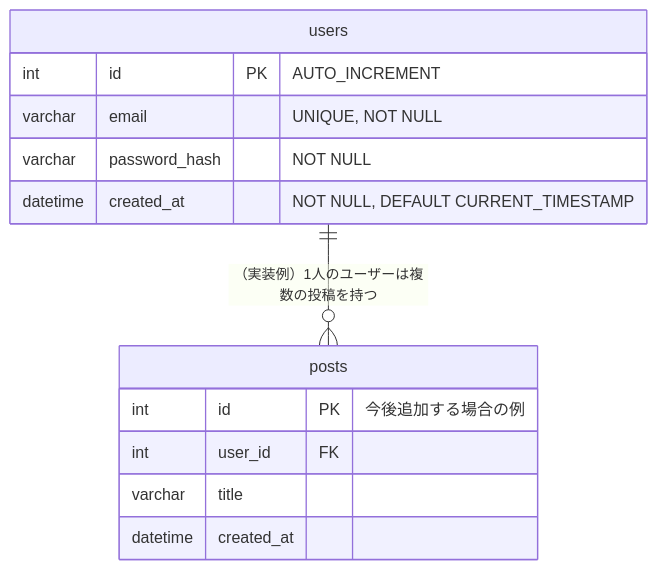
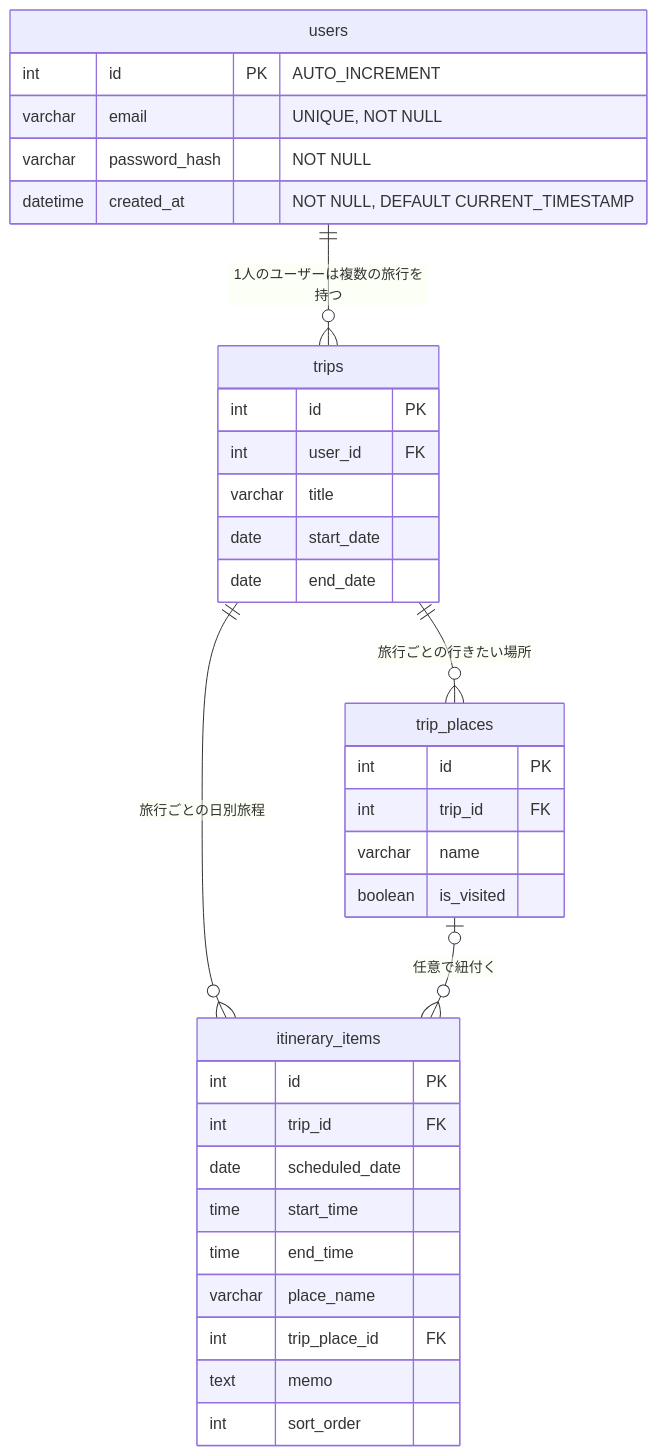
One commit to shumatsu51/React-and-TS-App-202608 changed the diagram in docs/er-diagram.md. Above: the diagram before and after it, drawn with Mermaid. The commit also changed other lines of this file, not shown here.

Commit message:
DB設計書を更新

````diff
--- a/docs/er-diagram.md
+++ b/docs/er-diagram.md
@@ -9,18 +9,41 @@
 ```mermaid
 erDiagram
     users {
         int id PK "AUTO_INCREMENT"
         varchar email "UNIQUE, NOT NULL"
         varchar password_hash "NOT NULL"
         datetime created_at "NOT NULL, DEFAULT CURRENT_TIMESTAMP"
     }
 
-    posts {
-        int id PK "今後追加する場合の例"
+    trips {
+        int id PK
         int user_id FK
         varchar title
-        datetime created_at
+        date start_date
+        date end_date
     }
 
-    users ||--o{ posts : "（実装例）1人のユーザーは複数の投稿を持つ"
+    trip_places {
+        int id PK
+        int trip_id FK
+        varchar name
+        boolean is_visited
+    }
+
+    itinerary_items {
+        int id PK
+        int trip_id FK
+        date scheduled_date
+        time start_time
+        time end_time
+        varchar place_name
+        int trip_place_id FK
+        text memo
+        int sort_order
+    }
+
+    users ||--o{ trips : "1人のユーザーは複数の旅行を持つ"
+    trips ||--o{ trip_places : "旅行ごとの行きたい場所"
+    trips ||--o{ itinerary_items : "旅行ごとの日別旅程"
+    trip_places o|--o{ itinerary_items : "任意で紐付く"
 ```
````
